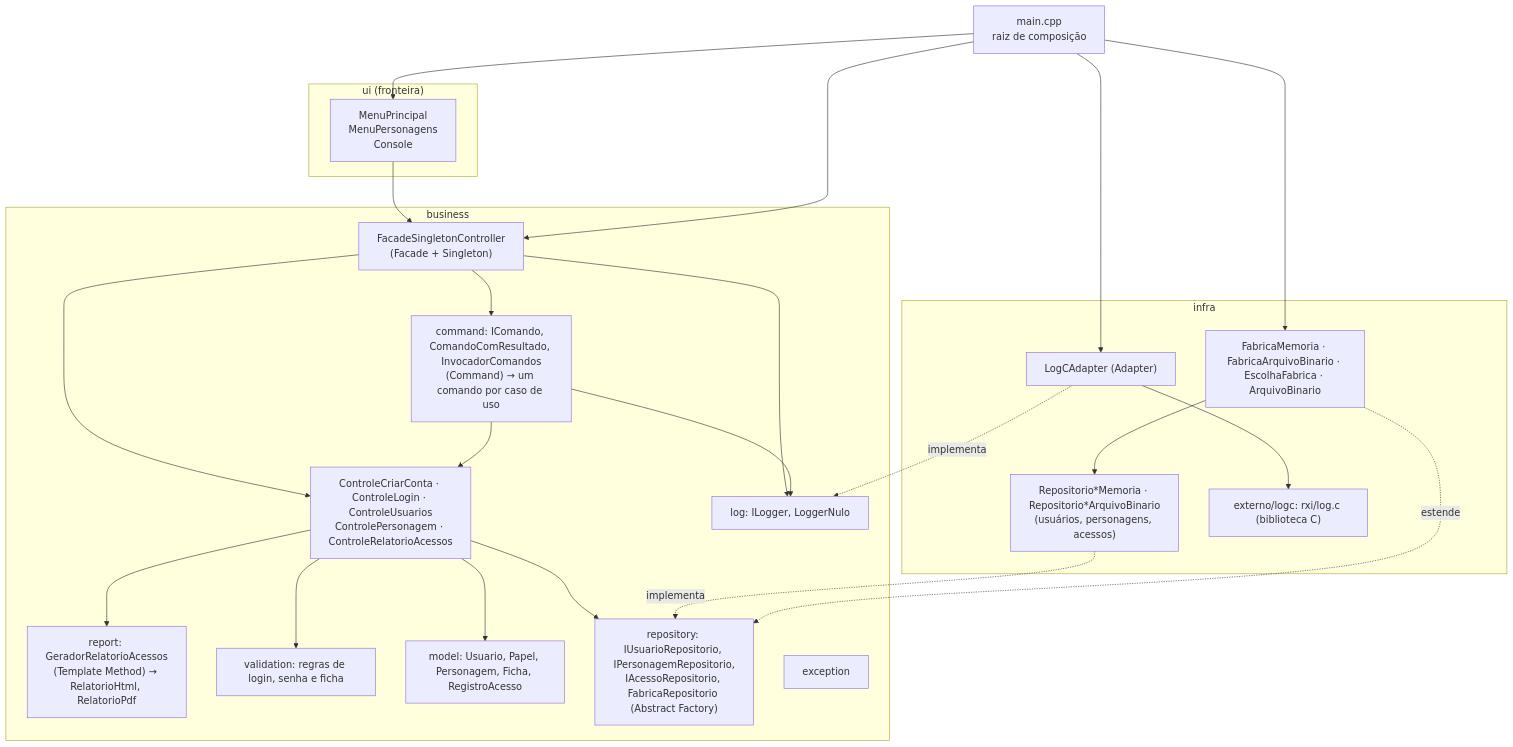
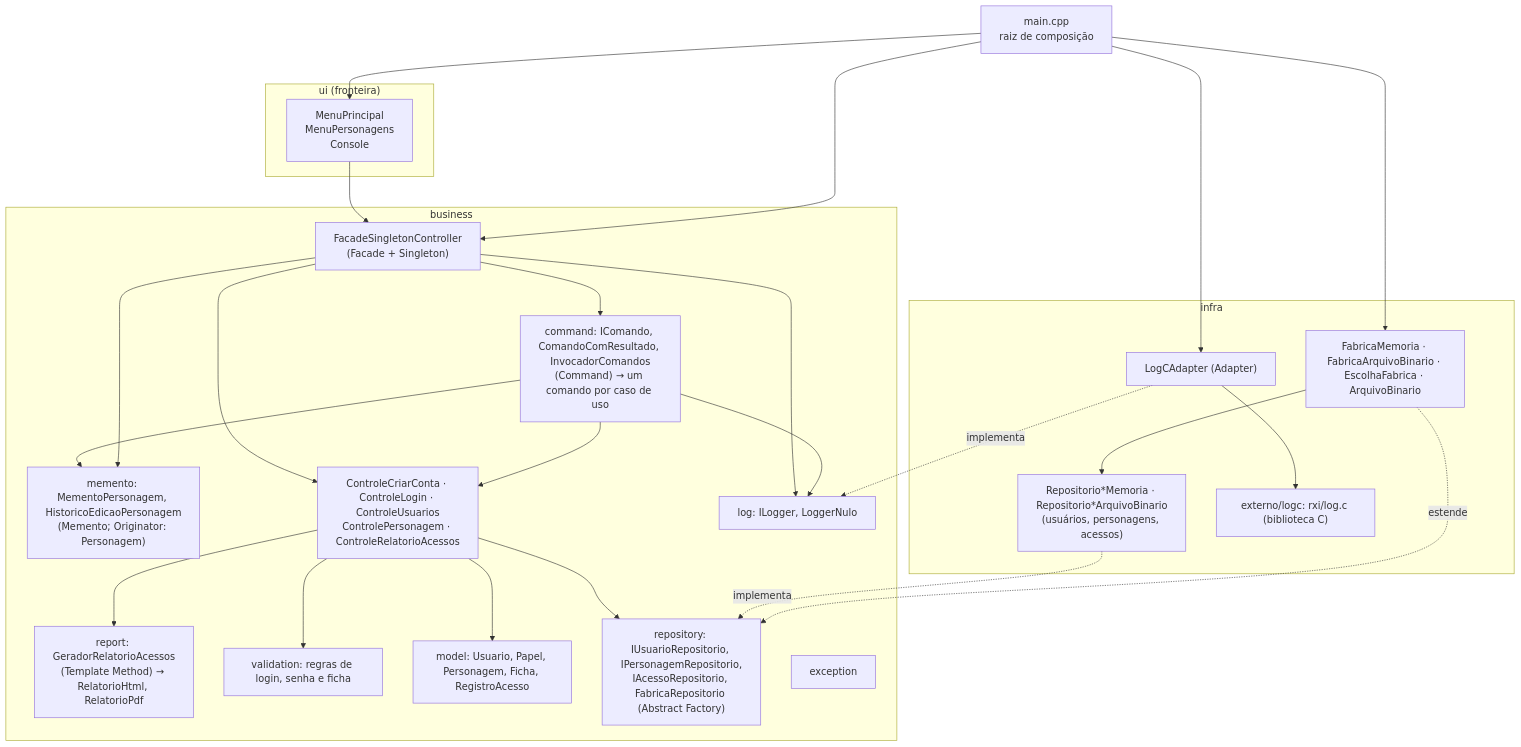
One commit to isac531/Gerenciador_RPG changed the first of 2 diagrams in docs/07-arquitetura/README.md. Above: the diagram before and after it, drawn with Mermaid. The commit also changed other lines of this file and 2 other files, not shown here.

Commit message:
docs(adr): registrar Memento para desfazer a edicao (ADR-0009)
ADR-0009: papeis do Memento (Personagem, MementoPersonagem,
HistoricoEdicaoPersonagem), ligacao com os comandos da S5.1 e as
alternativas descartadas. ADR-0008 e a arquitetura logica passam a citar
o DesfazerEdicaoPersonagemComando e o pacote memento.

Refs: S5.2, RF15

Claude-Session: https://claude.ai/code/session_01BTWWapcXN8aDdfycEoLe3K

````diff
--- a/docs/07-arquitetura/README.md
+++ b/docs/07-arquitetura/README.md
@@ -23,44 +24,47 @@
 ```mermaid
 flowchart TB
     subgraph ui["ui (fronteira)"]
         menu["MenuPrincipal<br/>MenuPersonagens<br/>Console"]
     end
     subgraph business["business"]
         fachada["FacadeSingletonController<br/>(Facade + Singleton)"]
         comandos["command: IComando, ComandoComResultado, InvocadorComandos<br/>(Command) → um comando por caso de uso"]
+        memento["memento: MementoPersonagem, HistoricoEdicaoPersonagem<br/>(Memento; Originator: Personagem)"]
         controles["ControleCriarConta · ControleLogin · ControleUsuarios<br/>ControlePersonagem · ControleRelatorioAcessos"]
         relatorios["report: GeradorRelatorioAcessos<br/>(Template Method) → RelatorioHtml, RelatorioPdf"]
         regras["validation: regras de login, senha e ficha"]
         modelo["model: Usuario, Papel, Personagem, Ficha, RegistroAcesso"]
         contratos["repository: IUsuarioRepositorio, IPersonagemRepositorio,<br/>IAcessoRepositorio, FabricaRepositorio (Abstract Factory)"]
         log["log: ILogger, LoggerNulo"]
         excecoes["exception"]
     end
     subgraph infra["infra"]
         repos["Repositorio*Memoria · Repositorio*ArquivoBinario<br/>(usuários, personagens, acessos)"]
         fabrica["FabricaMemoria · FabricaArquivoBinario · EscolhaFabrica · ArquivoBinario"]
         adaptador["LogCAdapter (Adapter)"]
         logc["externo/logc: rxi/log.c (biblioteca C)"]
     end
     main["main.cpp<br/>raiz de composição"]
 
     menu --> fachada
     fachada --> comandos
     fachada --> controles
     fachada --> log
     comandos --> controles
     comandos --> log
+    comandos --> memento
+    fachada --> memento
     controles --> regras
     controles --> modelo
     controles --> contratos
     controles --> relatorios
     repos -. implementa .-> contratos
     fabrica -. estende .-> contratos
     fabrica --> repos
     adaptador -. implementa .-> log
     adaptador --> logc
     main --> menu
     main --> fachada
     main --> fabrica
     main --> adaptador
 ```
````
